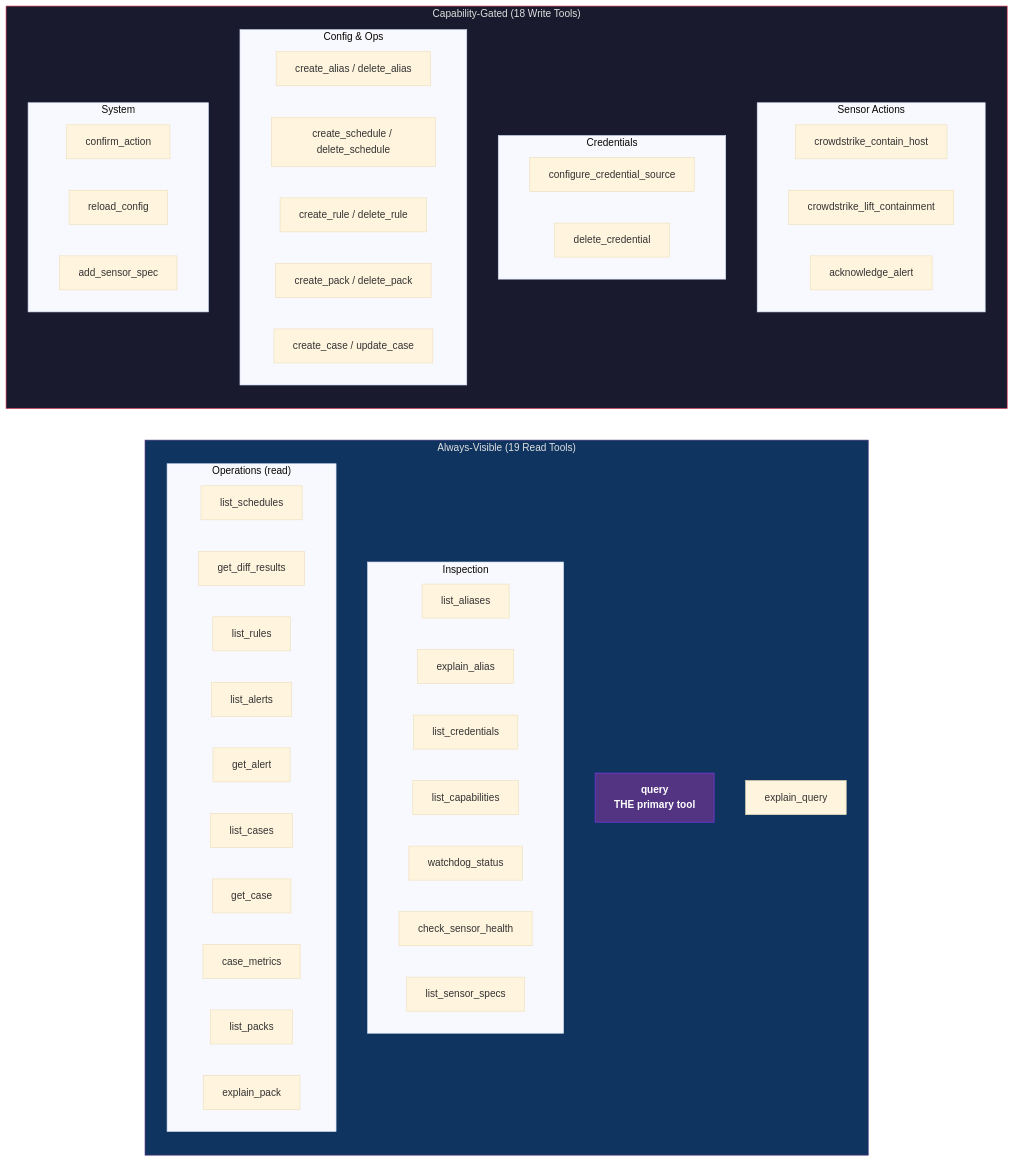
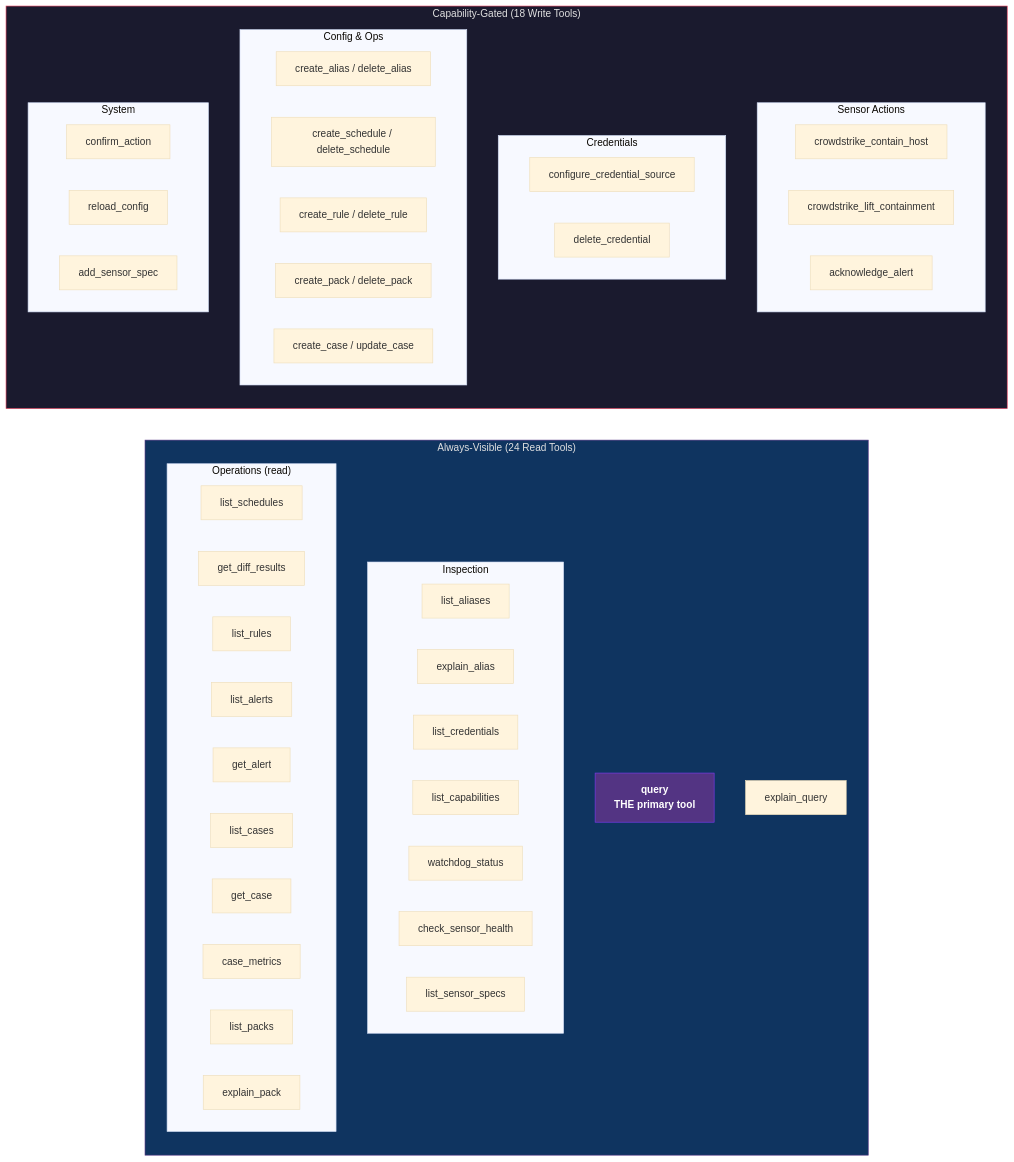
The first of 3 diagrams in specs/architecture/api-surface.md (drbothen/prism), drawn with Mermaid (base theme) before and after one commit. The commit also changed 5 other files, not shown here.

````diff
--- a/specs/architecture/api-surface.md
+++ b/specs/architecture/api-surface.md
@@ -22,58 +22,58 @@
 ```mermaid
 graph LR
-    subgraph VISIBLE["Always-Visible (19 Read Tools)"]
+    subgraph VISIBLE["Always-Visible (24 Read Tools)"]
         direction TB
         Q["query<br/><b>THE primary tool</b>"]
         EQ["explain_query"]
         subgraph INSPECT["Inspection"]
             LA["list_aliases"]
             EA["explain_alias"]
             LC["list_credentials"]
             LCap["list_capabilities"]
             WS["watchdog_status"]
             CSH["check_sensor_health"]
             LSS["list_sensor_specs"]
         end
         subgraph OPS_READ["Operations (read)"]
             LS["list_schedules"]
             GD["get_diff_results"]
             LR["list_rules"]
             LAl["list_alerts"]
             GA["get_alert"]
             LCs["list_cases"]
             GC["get_case"]
             CM["case_metrics"]
             LP["list_packs"]
             EP["explain_pack"]
         end
     end
 
     subgraph GATED["Capability-Gated (18 Write Tools)"]
         direction TB
         subgraph SENSOR_WRITE["Sensor Actions"]
             CH["crowdstrike_contain_host"]
             CL["crowdstrike_lift_containment"]
             AA["acknowledge_alert"]
         end
         subgraph CRED_WRITE["Credentials"]
             SC["configure_credential_source"]
             DC["delete_credential"]
         end
         subgraph CONFIG_WRITE["Config & Ops"]
             CA2["create_alias / delete_alias"]
             CS2["create_schedule / delete_schedule"]
             CR2["create_rule / delete_rule"]
             CP2["create_pack / delete_pack"]
             CC2["create_case / update_case"]
         end
         subgraph SYSTEM["System"]
             CONF["confirm_action"]
             RC["reload_config"]
             AS["add_sensor_spec"]
         end
     end
 
     style VISIBLE fill:#0f3460,stroke:#533483,color:#e0e0e0
     style GATED fill:#1a1a2e,stroke:#e94560,color:#e0e0e0
     style Q fill:#533483,stroke:#7c3aed,color:#fff,font-weight:bold
 ```
````
